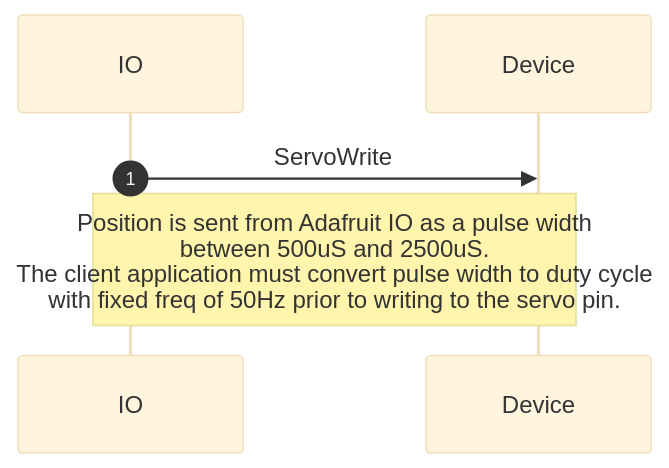
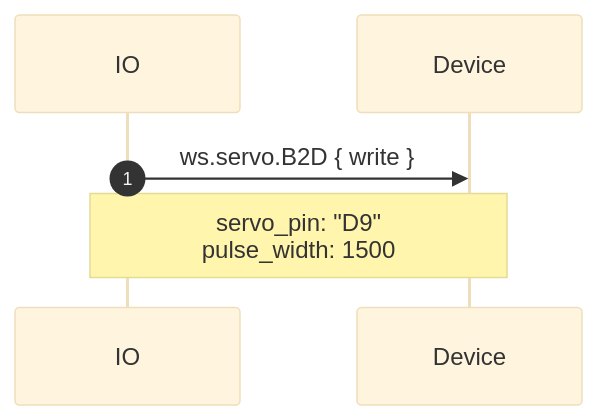
One commit to adafruit/Wippersnapper_Protobuf changed the second of 5 diagrams in proto/wippersnapper/docs/servo.md. Above: the diagram before and after it, drawn with Mermaid (base theme). The commit also changed other lines of this file and 10 other files, not shown here.

````diff
--- a/proto/wippersnapper/docs/servo.md
+++ b/proto/wippersnapper/docs/servo.md
@@ -27,7 +58,7 @@
 ```mermaid
 sequenceDiagram
 autonumber
 
-IO->>Device: ServoWrite
-Note over IO, Device: Position is sent from Adafruit IO as a pulse width<br> between 500uS and 2500uS. <br> The client application must convert pulse width to duty cycle<br>with fixed freq of 50Hz prior to writing to the servo pin.
+IO->>Device: ws.servo.B2D { write }
+Note over IO, Device: servo_pin: "D9"<br/>pulse_width: 1500
 ```
````
